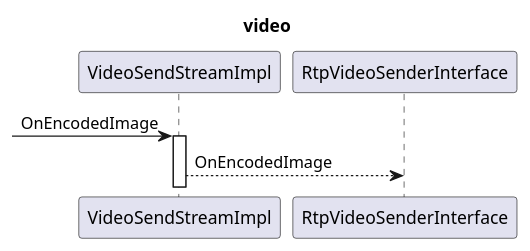
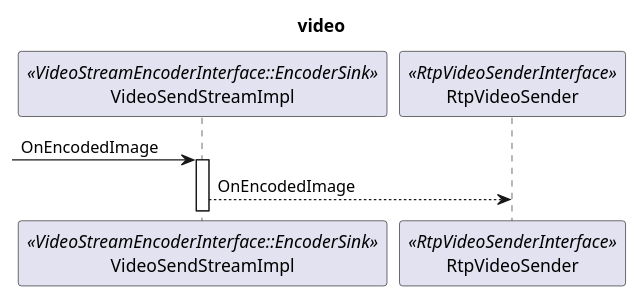
One commit to mingxin505/webrtcNote changed the eighth of 19 diagrams in webrtc_chrome/Design.md. Above: the diagram before and after it, drawn with PlantUML. The commit also changed other lines of this file and 4 other files, not shown here.

````diff
--- a/webrtc_chrome/Design.md
+++ b/webrtc_chrome/Design.md
@@ -161,7 +167,9 @@
 ```plantuml
 title video
-participant VideoSendStreamImpl 
--> VideoSendStreamImpl : OnEncodedImage
-activate  VideoSendStreamImpl 
-VideoSendStreamImpl --> RtpVideoSenderInterface : OnEncodedImage
+participant VideoSendStreamImpl as vssi <<VideoStreamEncoderInterface::EncoderSink>>
+participant RtpVideoSender as rtpvs <<RtpVideoSenderInterface>>
+
+-> vssi : OnEncodedImage
+activate  vssi 
+vssi --> rtpvs : OnEncodedImage
 ```
````
